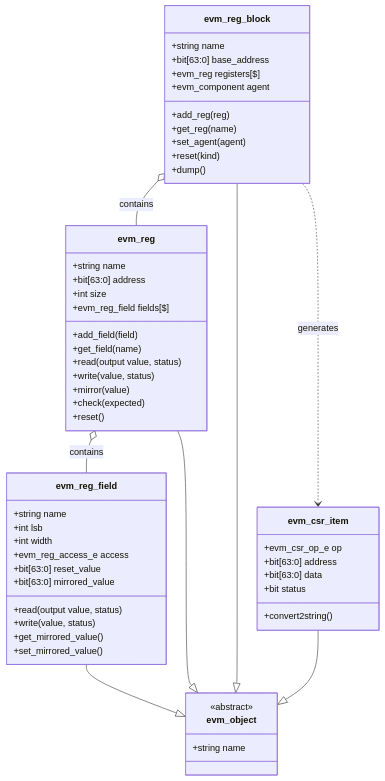
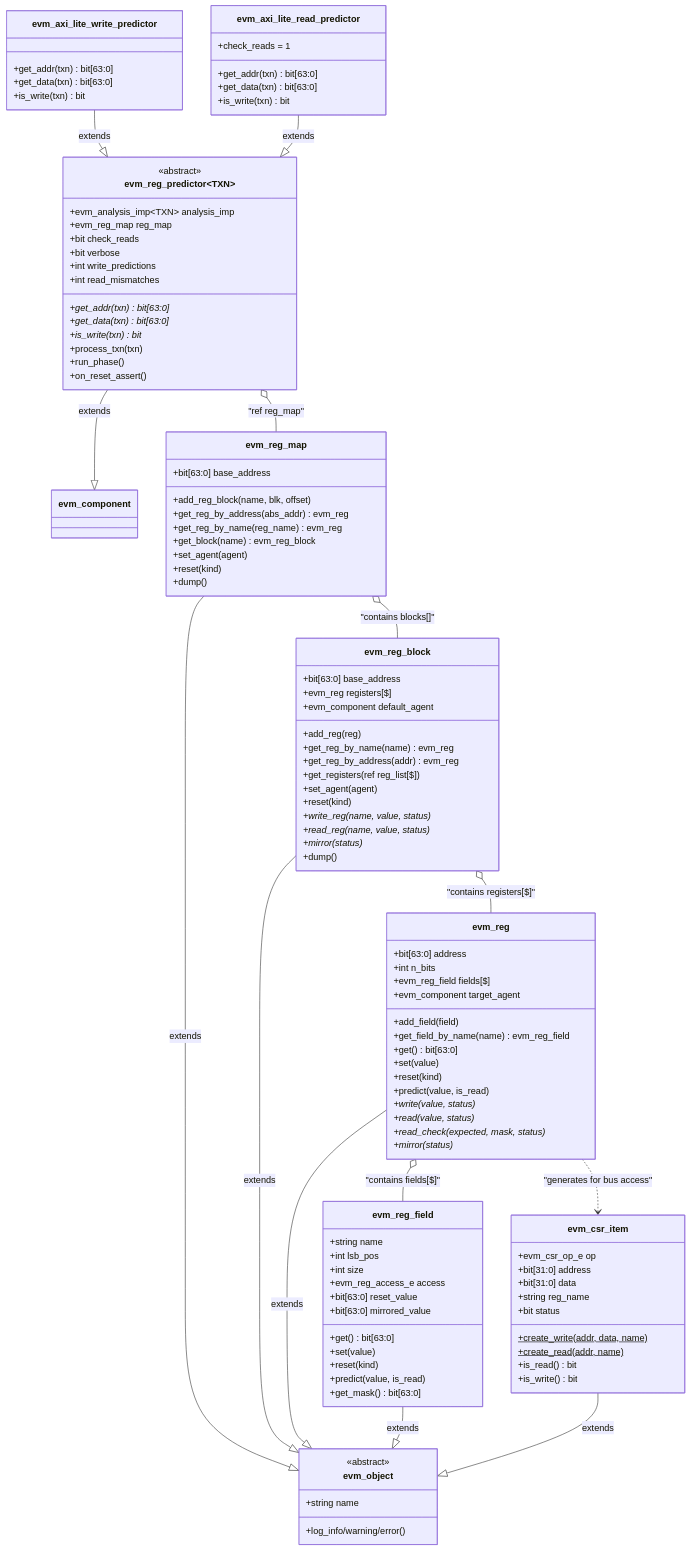
The first of 5 diagrams in vkit/docs/uml/02_register_model.md (DifferentialAudioInc/evm-sv), drawn with Mermaid before and after one commit. The commit also changed other lines of this file and 133 other files, not shown here.

````diff
--- a/vkit/docs/uml/02_register_model.md
+++ b/vkit/docs/uml/02_register_model.md
@@ -5,65 +10,132 @@
 ```mermaid
 classDiagram
+    %% ── Object Layer ──────────────────────────────────────────────────────────
     class evm_object {
         <<abstract>>
         +string name
+        +log_info/warning/error()
     }
-    
+
+    %% ── Register Field ────────────────────────────────────────────────────────
     class evm_reg_field {
         +string name
-        +int lsb
-        +int width
+        +int lsb_pos
+        +int size
         +evm_reg_access_e access
         +bit[63:0] reset_value
         +bit[63:0] mirrored_value
-        +read(output value, status)
-        +write(value, status)
-        +get_mirrored_value()
-        +set_mirrored_value()
+        +get() bit[63:0]
+        +set(value)
+        +reset(kind)
+        +predict(value, is_read)
+        +get_mask() bit[63:0]
     }
-    
+
+    %% ── Register ──────────────────────────────────────────────────────────────
     class evm_reg {
-        +string name
         +bit[63:0] address
-        +int size
+        +int n_bits
         +evm_reg_field fields[$]
+        +evm_component target_agent
         +add_field(field)
-        +get_field(name)
-        +read(output value, status)
-        +write(value, status)
-        +mirror(value)
-        +check(expected)
-        +reset()
+        +get_field_by_name(name) evm_reg_field
+        +get() bit[63:0]
+        +set(value)
+        +reset(kind)
+        +predict(value, is_read)
+        +write(value, status)*
+        +read(value, status)*
+        +read_check(expected, mask, status)*
+        +mirror(status)*
     }
-    
+
+    %% ── Register Block ────────────────────────────────────────────────────────
     class evm_reg_block {
-        +string name
         +bit[63:0] base_address
         +evm_reg registers[$]
-        +evm_component agent
+        +evm_component default_agent
         +add_reg(reg)
-        +get_reg(name)
+        +get_reg_by_name(name) evm_reg
+        +get_reg_by_address(addr) evm_reg
+        +get_registers(ref reg_list[$])
+        +set_agent(agent)
+        +reset(kind)
+        +write_reg(name, value, status)*
+        +read_reg(name, value, status)*
+        +mirror(status)*
+        +dump()
+    }
+
+    %% ── Register Map (NEW) ────────────────────────────────────────────────────
+    class evm_reg_map {
+        +bit[63:0] base_address
+        +add_reg_block(name, blk, offset)
+        +get_reg_by_address(abs_addr) evm_reg
+        +get_reg_by_name(reg_name) evm_reg
+        +get_block(name) evm_reg_block
         +set_agent(agent)
         +reset(kind)
         +dump()
     }
-    
+
+    %% ── Predictor (NEW) ───────────────────────────────────────────────────────
+    class evm_reg_predictor~TXN~ {
+        <<abstract>>
+        +evm_analysis_imp~TXN~ analysis_imp
+        +evm_reg_map reg_map
+        +bit check_reads
+        +bit verbose
+        +int write_predictions
+        +int read_mismatches
+        +get_addr(txn) bit[63:0]*
+        +get_data(txn) bit[63:0]*
+        +is_write(txn) bit*
+        +process_txn(txn)
+        +run_phase()
+        +on_reset_assert()
+    }
+
+    %% ── Concrete Predictors ───────────────────────────────────────────────────
+    class evm_axi_lite_write_predictor {
+        +get_addr(txn) bit[63:0]
+        +get_data(txn) bit[63:0]
+        +is_write(txn) bit
+    }
+
+    class evm_axi_lite_read_predictor {
+        +check_reads = 1
+        +get_addr(txn) bit[63:0]
+        +get_data(txn) bit[63:0]
+        +is_write(txn) bit
+    }
+
+    %% ── CSR Transaction ───────────────────────────────────────────────────────
     class evm_csr_item {
         +evm_csr_op_e op
-        +bit[63:0] address
-        +bit[63:0] data
+        +bit[31:0] address
+        +bit[31:0] data
+        +string reg_name
         +bit status
-        +convert2string()
+        +create_write(addr, data, name)$
+        +create_read(addr, name)$
+        +is_read() bit
+        +is_write() bit
     }
-    
-    %% Inheritance
-    evm_reg_field --|> evm_object
-    evm_reg --|> evm_object
-    evm_reg_block --|> evm_object
-    evm_csr_item --|> evm_object
-    
-    %% Composition
-    evm_reg o-- evm_reg_field : contains
-    evm_reg_block o-- evm_reg : contains
-    evm_reg_block ..> evm_csr_item : generates
+
+    %% ── Inheritance ───────────────────────────────────────────────────────────
+    evm_reg_field       --|> evm_object : extends
+    evm_reg             --|> evm_object : extends
+    evm_reg_block       --|> evm_object : extends
+    evm_reg_map         --|> evm_object : extends
+    evm_reg_predictor   --|> evm_component : extends
+    evm_csr_item        --|> evm_object : extends
+    evm_axi_lite_write_predictor --|> evm_reg_predictor : extends
+    evm_axi_lite_read_predictor  --|> evm_reg_predictor : extends
+
+    %% ── Composition ───────────────────────────────────────────────────────────
+    evm_reg            o-- evm_reg_field : "contains fields[$]"
+    evm_reg_block      o-- evm_reg       : "contains registers[$]"
+    evm_reg_map        o-- evm_reg_block : "contains blocks[]"
+    evm_reg_predictor  o-- evm_reg_map   : "ref reg_map"
+    evm_reg            ..> evm_csr_item  : "generates for bus access"
 ```
````
